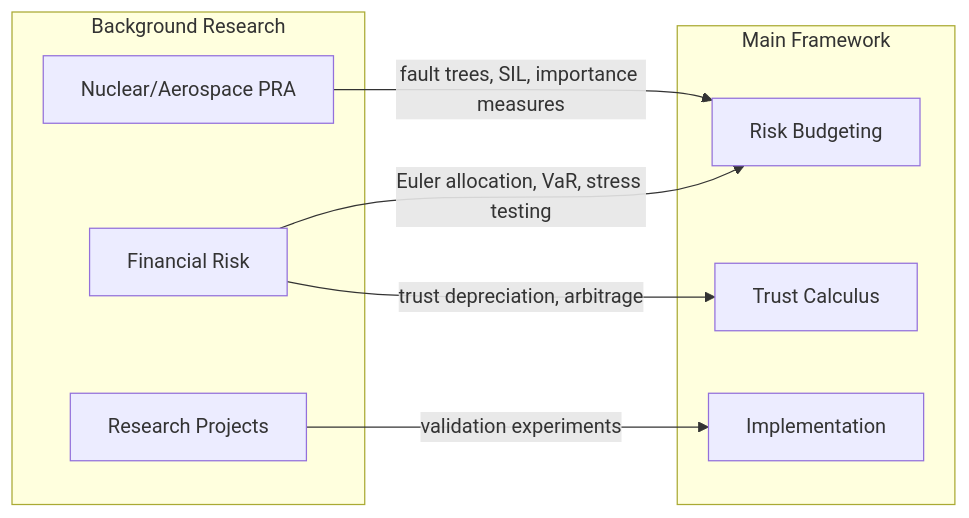
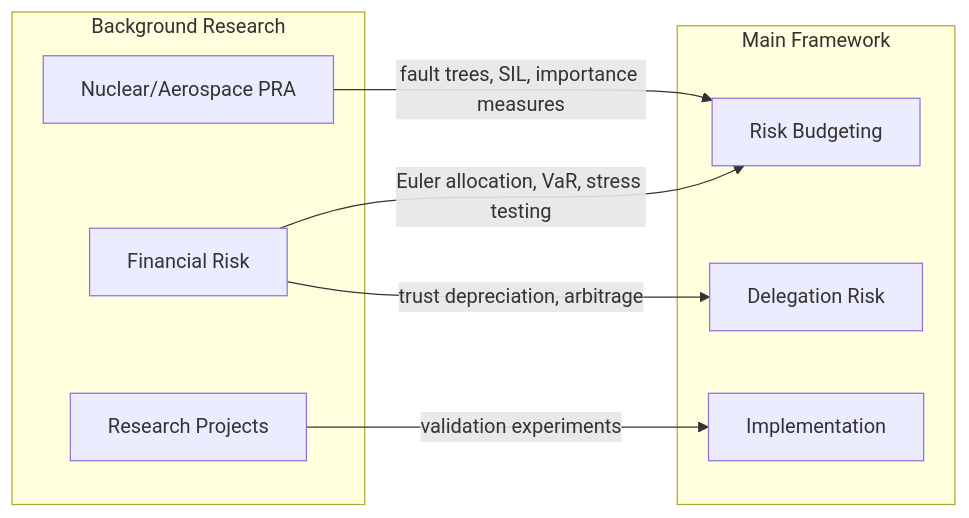
The diagram in src/content/docs/background-research/index.md (quantified-uncertainty/delegation-risk-framework), drawn with Mermaid before and after one commit. The commit also changed other lines of this file and 58 other files, not shown here.

````diff
--- a/src/content/docs/background-research/index.md
+++ b/src/content/docs/background-research/index.md
@@ -13,17 +13,17 @@
 ```mermaid
 flowchart LR
     subgraph Background["Background Research"]
         N[Nuclear/Aerospace PRA]
         F[Financial Risk]
         P[Research Projects]
     end
     subgraph Framework["Main Framework"]
         RB[Risk Budgeting]
-        TC[Trust Calculus]
+        TC[Delegation Risk]
         Impl[Implementation]
     end
     N -->|fault trees, SIL, importance measures| RB
     F -->|Euler allocation, VaR, stress testing| RB
     F -->|trust depreciation, arbitrage| TC
     P -->|validation experiments| Impl
 ```
````
